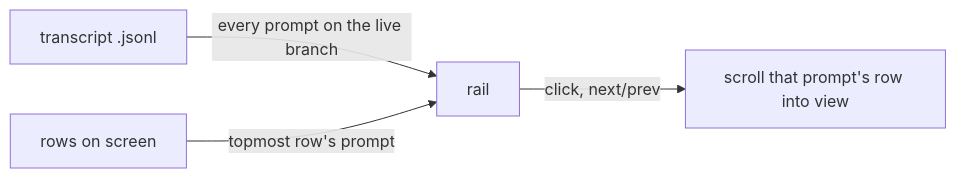
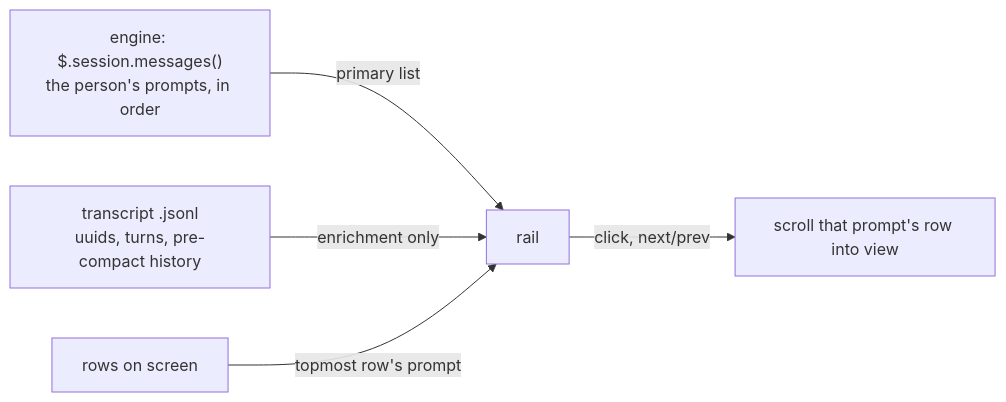
The diagram in README.md (hfwang0318/session-rail), drawn with Mermaid before and after one commit. The commit also changed other lines of this file and 8 other files, not shown here.

First line of the commit message:
feat: make the engine's message list the primary prompt history

````diff
--- a/README.md
+++ b/README.md
@@ -105,6 +113,7 @@
 ```mermaid
 flowchart LR
-  T[transcript .jsonl] -->|every prompt on the live branch| R[rail]
+  E["engine: $.session.messages()<br/>the person's prompts, in order"] -->|primary list| R[rail]
+  T["transcript .jsonl<br/>uuids, turns, pre-compact history"] -->|enrichment only| R
   S[rows on screen] -->|topmost row's prompt| R
   R -->|click, next/prev| J[scroll that prompt's row into view]
 ```
````
